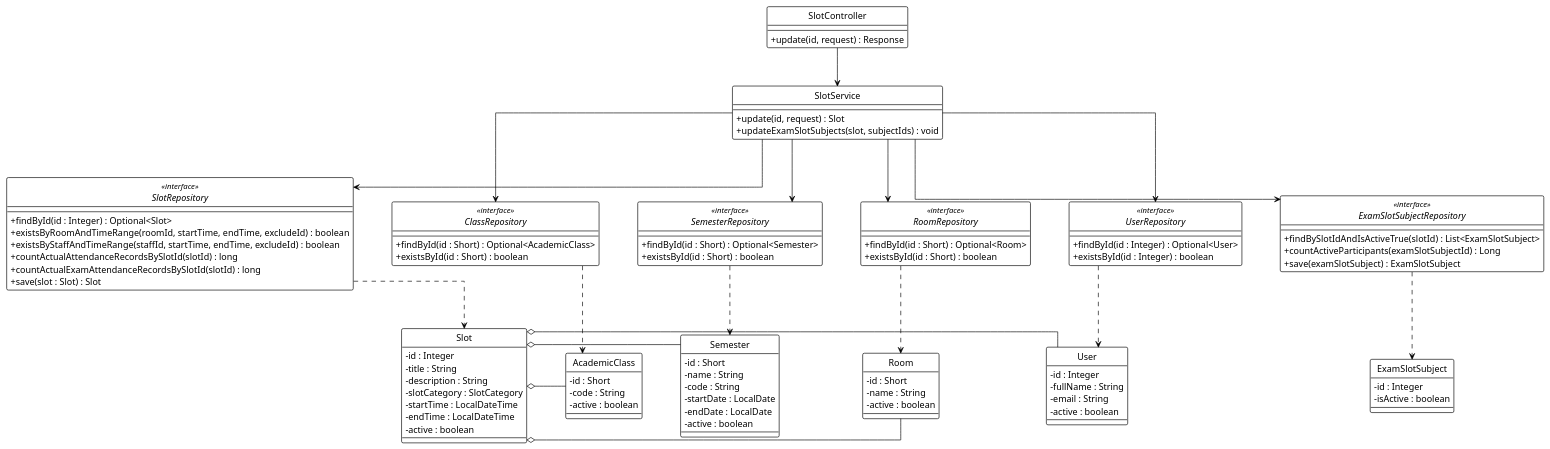
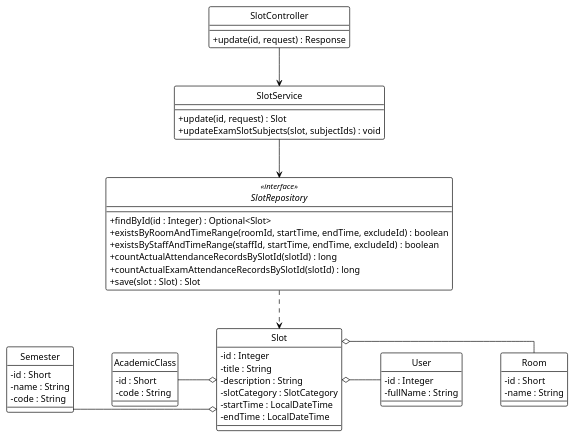
One commit to Ndh474/context changed the diagram in system_detailed_design/36_update_slot/class_diagram_update_slot.puml. Above: the diagram before and after it, drawn with PlantUML. The commit also changed 9 other files, not shown here.

```diff
--- a/system_detailed_design/36_update_slot/class_diagram_update_slot.puml
+++ b/system_detailed_design/36_update_slot/class_diagram_update_slot.puml
@@ -1,125 +1,76 @@
 @startuml update_slot
 !theme plain
 hide circle
 skinparam classAttributeIconSize 0
 
 ' --- CẤU HÌNH "ORTHO" (BẮT BUỘC) ---
 skinparam linetype ortho
 skinparam nodesep 60
 skinparam ranksep 60
 
 ' --- CONTROLLER ---
 class SlotController {
   + update(id, request) : Response
 }
 
 ' --- SERVICE ---
 class SlotService {
   + update(id, request) : Slot
   + updateExamSlotSubjects(slot, subjectIds) : void
 }
 
 ' --- REPOSITORY ---
 interface SlotRepository <<interface>> {
   + findById(id : Integer) : Optional<Slot>
   + existsByRoomAndTimeRange(roomId, startTime, endTime, excludeId) : boolean
   + existsByStaffAndTimeRange(staffId, startTime, endTime, excludeId) : boolean
   + countActualAttendanceRecordsBySlotId(slotId) : long
   + countActualExamAttendanceRecordsBySlotId(slotId) : long
   + save(slot : Slot) : Slot
 }
 
-interface ClassRepository <<interface>> {
-  + findById(id : Short) : Optional<AcademicClass>
-  + existsById(id : Short) : boolean
-}
-
-interface SemesterRepository <<interface>> {
-  + findById(id : Short) : Optional<Semester>
-  + existsById(id : Short) : boolean
-}
-
-interface RoomRepository <<interface>> {
-  + findById(id : Short) : Optional<Room>
-  + existsById(id : Short) : boolean
-}
-
-interface UserRepository <<interface>> {
-  + findById(id : Integer) : Optional<User>
-  + existsById(id : Integer) : boolean
-}
-
-interface ExamSlotSubjectRepository <<interface>> {
-  + findBySlotIdAndIsActiveTrue(slotId) : List<ExamSlotSubject>
-  + countActiveParticipants(examSlotSubjectId) : Long
-  + save(examSlotSubject) : ExamSlotSubject
-}
-
 ' --- ENTITIES ---
 class Slot {
   - id : Integer
   - title : String
   - description : String
   - slotCategory : SlotCategory
   - startTime : LocalDateTime
   - endTime : LocalDateTime
-  - active : boolean
 }
 
 class AcademicClass {
   - id : Short
   - code : String
-  - active : boolean
 }
 
 class Semester {
   - id : Short
   - name : String
   - code : String
-  - startDate : LocalDate
-  - endDate : LocalDate
-  - active : boolean
 }
 
 class Room {
   - id : Short
   - name : String
-  - active : boolean
 }
 
 class User {
   - id : Integer
   - fullName : String
-  - email : String
-  - active : boolean
-}
-
-class ExamSlotSubject {
-  - id : Integer
-  - isActive : boolean
 }
 
 ' --- DEPENDENCY INJECTION (Association) ---
 SlotController -down-> SlotService
 SlotService -down-> SlotRepository
-SlotService -down-> ClassRepository
-SlotService -down-> SemesterRepository
-SlotService -down-> RoomRepository
-SlotService -down-> UserRepository
-SlotService -down-> ExamSlotSubjectRepository
 
 ' --- REPOSITORY USAGE (Dependency) ---
 SlotRepository .down.> Slot
-ClassRepository .down.> AcademicClass
-SemesterRepository .down.> Semester
-RoomRepository .down.> Room
-UserRepository .down.> User
-ExamSlotSubjectRepository .down.> ExamSlotSubject
 
 ' --- ENTITY RELATIONSHIPS (Aggregation) ---
-Slot o-right- AcademicClass
-Slot o-right- Semester
+Slot o-left- AcademicClass
+Slot o-left- Semester
 Slot o-right- Room
 Slot o-right- User
 
 @enduml
```
